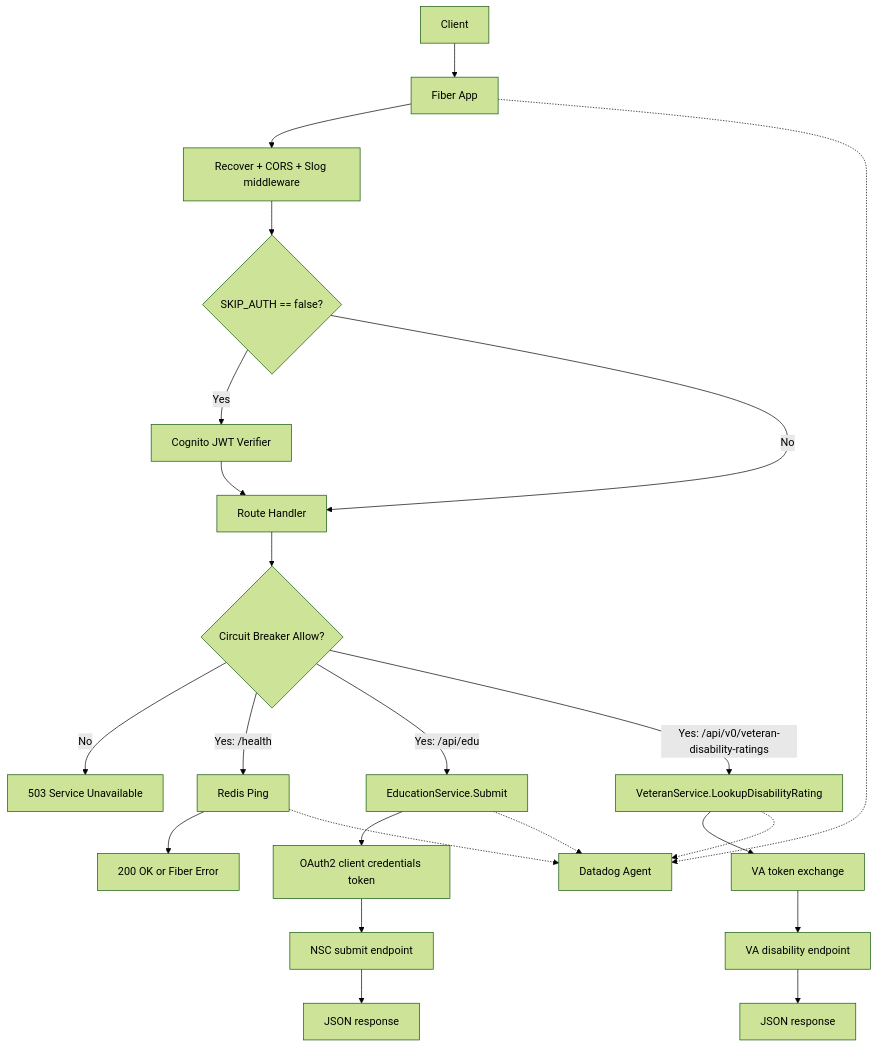
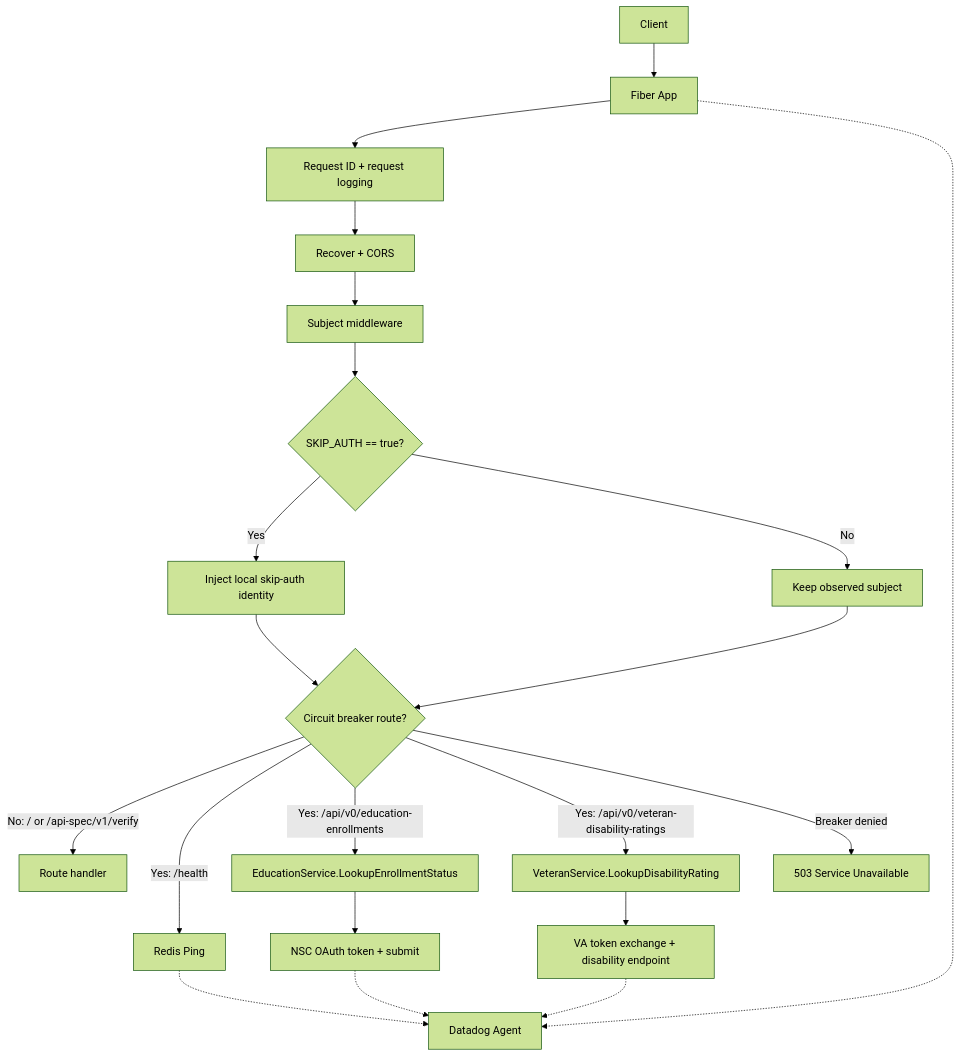
The diagram in docs/overview.md (CMSgov/emmy-api), drawn with Mermaid (forest theme) before and after one commit. The commit also changed other lines of this file and 15 other files, not shown here.

````diff
--- a/docs/overview.md
+++ b/docs/overview.md
@@ -49,30 +56,26 @@
 ```mermaid
 flowchart TD
     A[Client] --> B[Fiber App]
-    B --> C[Recover + CORS + Slog middleware]
-    C --> D{SKIP_AUTH == false?}
-    D -->|Yes| E[Cognito JWT Verifier]
-    D -->|No| F[Route Handler]
-    E --> F
+    B --> C[Request ID + request logging]
+    C --> D[Recover + CORS]
+    D --> E[Subject middleware]
+    E --> F{SKIP_AUTH == true?}
+    F -->|Yes| G[Inject local skip-auth identity]
+    F -->|No| H[Keep observed subject]
+    G --> I{Circuit breaker route?}
+    H --> I
 
-    F --> G{Circuit Breaker Allow?}
-    G -->|No| H[503 Service Unavailable]
+    I -->|No: / or /api-spec/v1/verify| J[Route handler]
+    I -->|Yes: /health| K[Redis Ping]
+    I -->|Yes: /api/v0/education-enrollments| L[EducationService.LookupEnrollmentStatus]
+    I -->|Yes: /api/v0/veteran-disability-ratings| M[VeteranService.LookupDisabilityRating]
+    I -->|Breaker denied| N[503 Service Unavailable]
 
-    G -->|Yes: /health| I[Redis Ping]
-    I --> J[200 OK or Fiber Error]
+    L --> O[NSC OAuth token + submit]
+    M --> P[VA token exchange + disability endpoint]
 
-    G -->|Yes: /api/edu| K[EducationService.Submit]
-    K --> L[OAuth2 client credentials token]
-    L --> M[NSC submit endpoint]
-    M --> N[JSON response]
-
-    G -->|Yes: /api/v0/veteran-disability-ratings| V[VeteranService.LookupDisabilityRating]
-    V --> W[VA token exchange]
-    W --> X[VA disability endpoint]
-    X --> Y[JSON response]
-
-    B -.-> O[Datadog Agent]
-    I -.-> O
-    K -.-> O
-    V -.-> O
+    B -.-> Q[Datadog Agent]
+    K -.-> Q
+    O -.-> Q
+    P -.-> Q
 ```
````
